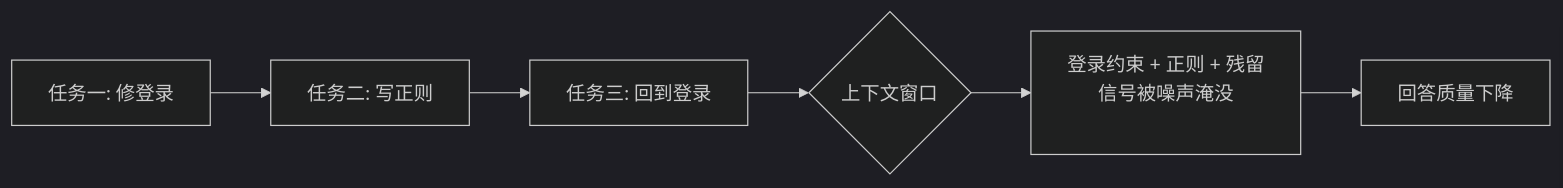
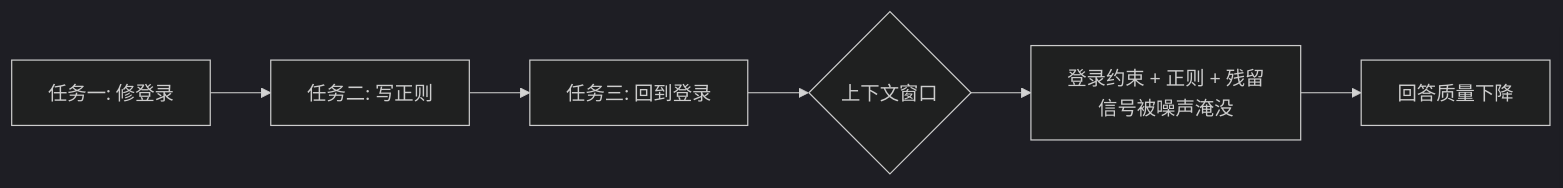
The diagram in docs/05-implementation/kitchen-sink-session.mdx (XuebinMa/AIWiki), drawn with Mermaid (dark theme) before and after one commit. The commit also changed 99 other files, not shown here.

First line of the commit message:
fix(mermaid): 全局根治节点文字裁切（htmlLabels:false + 清理 br/nbsp 占位）(#26)

````diff
--- a/docs/05-implementation/kitchen-sink-session.mdx
+++ b/docs/05-implementation/kitchen-sink-session.mdx
@@ -34,8 +34,8 @@
 ```mermaid
 flowchart LR
     A[任务一: 修登录] --> B[任务二: 写正则]
     B --> C[任务三: 回到登录]
     C --> D{上下文窗口}
-    D --> E["登录约束 + 正则 + 残留<br/>信号被噪声淹没<br/>&nbsp;"]
+    D --> E["登录约束 + 正则 + 残留<br/>信号被噪声淹没"]
     E --> F[回答质量下降]
 ```
````
